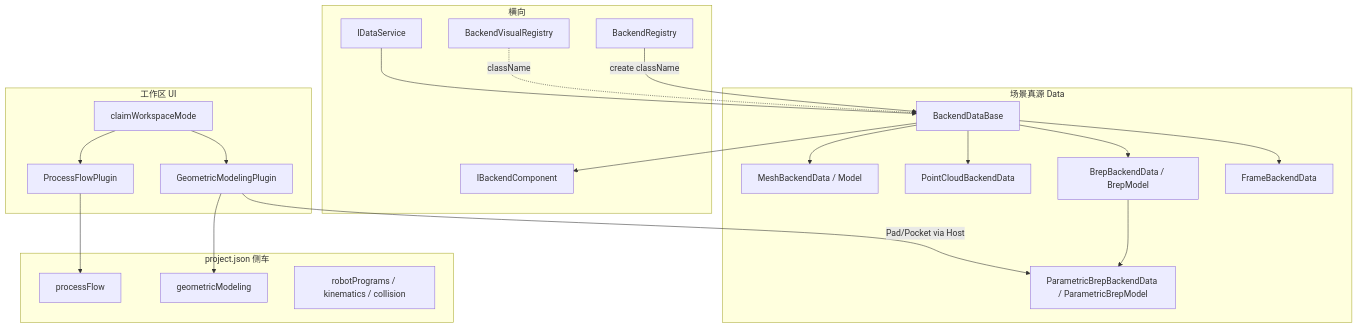
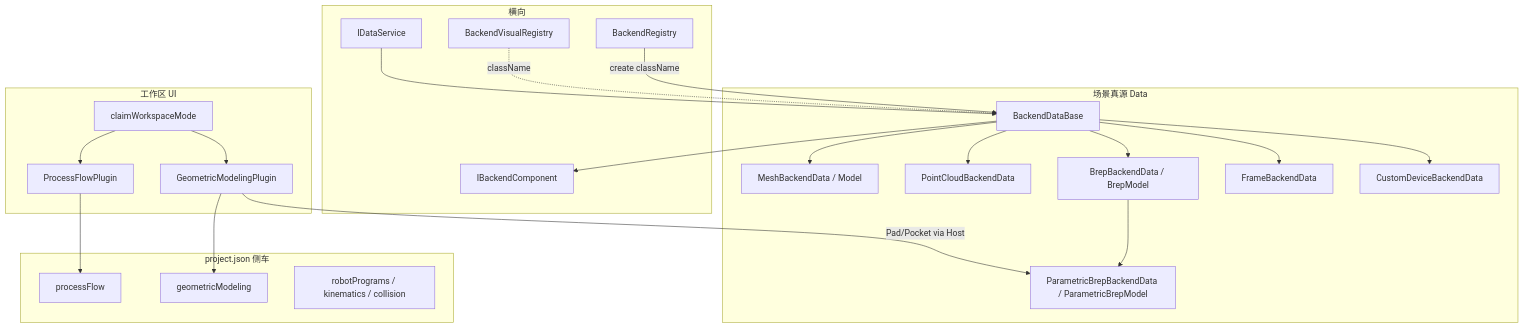
One commit to sanmunejdn/CloudSim changed the diagram in docs/后端对象与软件模式/DESIGN_后端对象与软件模式.md. Above: the diagram before and after it, drawn with Mermaid. The commit also changed other lines of this file and 91 other files, not shown here.

````diff
--- a/docs/后端对象与软件模式/DESIGN_后端对象与软件模式.md
+++ b/docs/后端对象与软件模式/DESIGN_后端对象与软件模式.md
@@ -5,46 +5,48 @@
 ```mermaid
 flowchart TB
   subgraph scene [场景真源 Data]
     Base[BackendDataBase]
     Mesh[MeshBackendData / Model]
     PC[PointCloudBackendData]
     Brep[BrepBackendData / BrepModel]
     Param[ParametricBrepBackendData / ParametricBrepModel]
     Frame[FrameBackendData]
+    CustomDev[CustomDeviceBackendData]
     Base --> Mesh
     Base --> PC
     Base --> Brep
     Brep --> Param
     Base --> Frame
+    Base --> CustomDev
   end
 
   subgraph lateral [横向]
     Reg[BackendRegistry]
     Comp[IBackendComponent]
     Vis[BackendVisualRegistry]
     IDS[IDataService]
   end
 
   Reg -->|create className| Base
   Base --> Comp
   Vis -.->|className| Base
   IDS --> Base
 
   subgraph modes [工作区 UI]
     Claim[claimWorkspaceMode]
     PF[ProcessFlowPlugin]
     GM[GeometricModelingPlugin]
     Claim --> PF
     Claim --> GM
   end
 
   subgraph sidecar [project.json 侧车]
     FlowKey[processFlow]
     GmKey[geometricModeling]
     RobotKeys[robotPrograms / kinematics / collision]
   end
 
   PF --> FlowKey
   GM --> GmKey
   GM -->|Pad/Pocket via Host| Param
 ```
````
